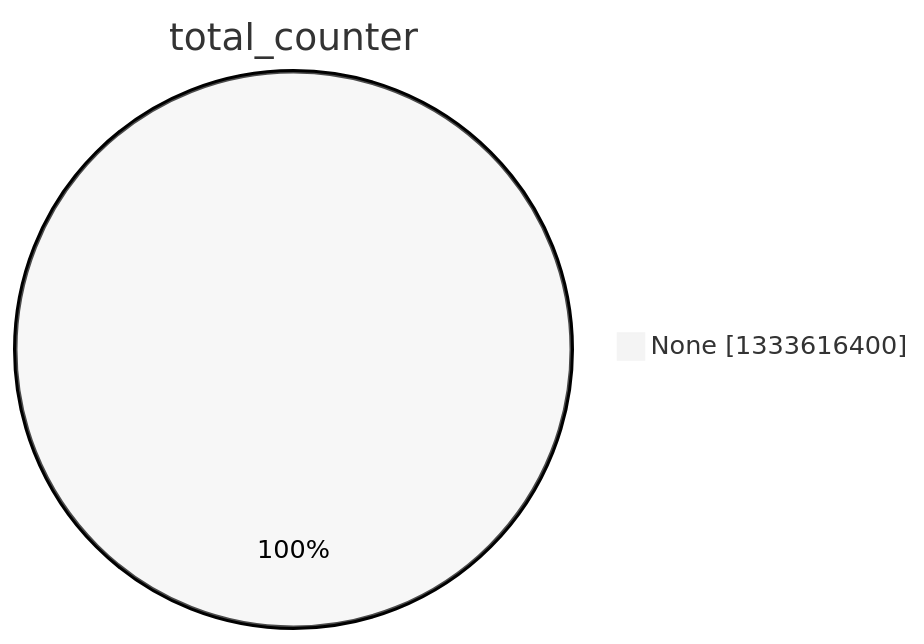
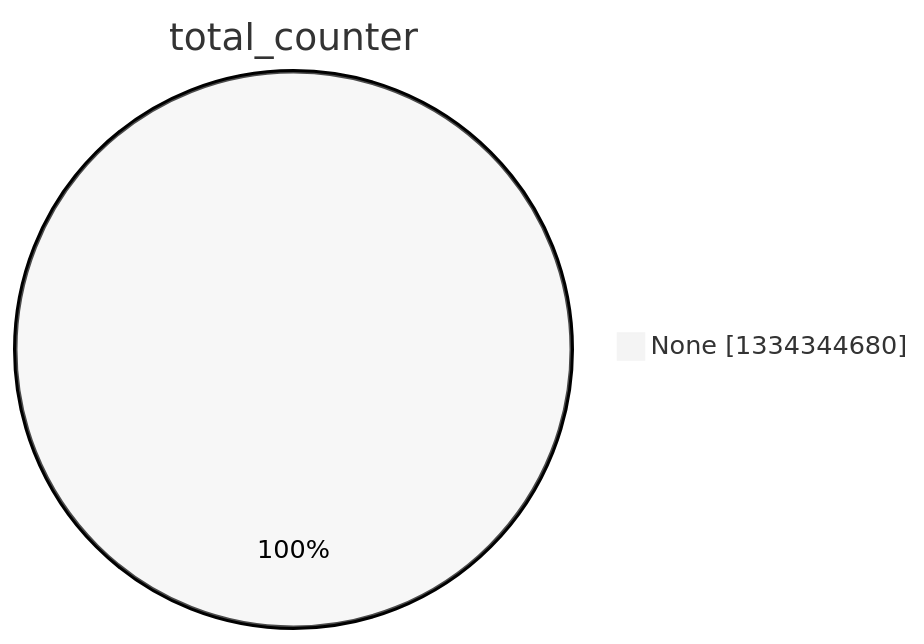
The second of 15 diagrams in argon2022/README.md (christiankrug/ctmonitor_visualization), drawn with Mermaid (neutral theme) before and after one commit. The commit also changed other lines of this file, not shown here.

````diff
--- a/argon2022/README.md
+++ b/argon2022/README.md
@@ -9,5 +9,5 @@
 ```mermaid
 pie showData
 title total_counter
-"None" :1333616400
+"None" :1334344680
 ```
````
